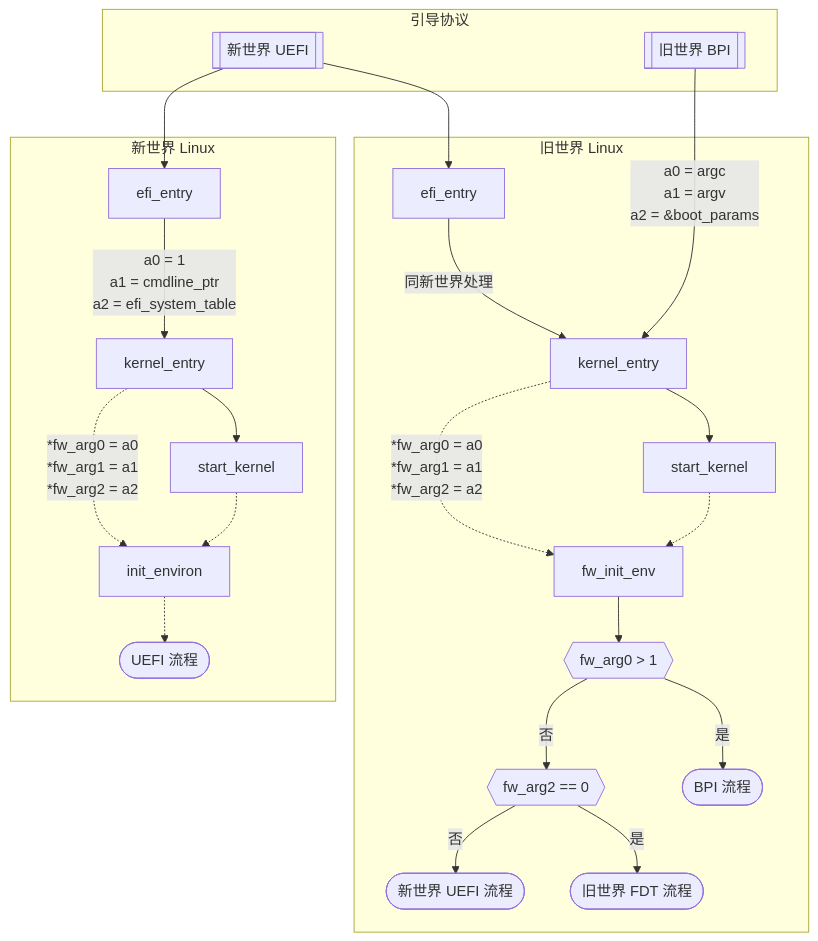
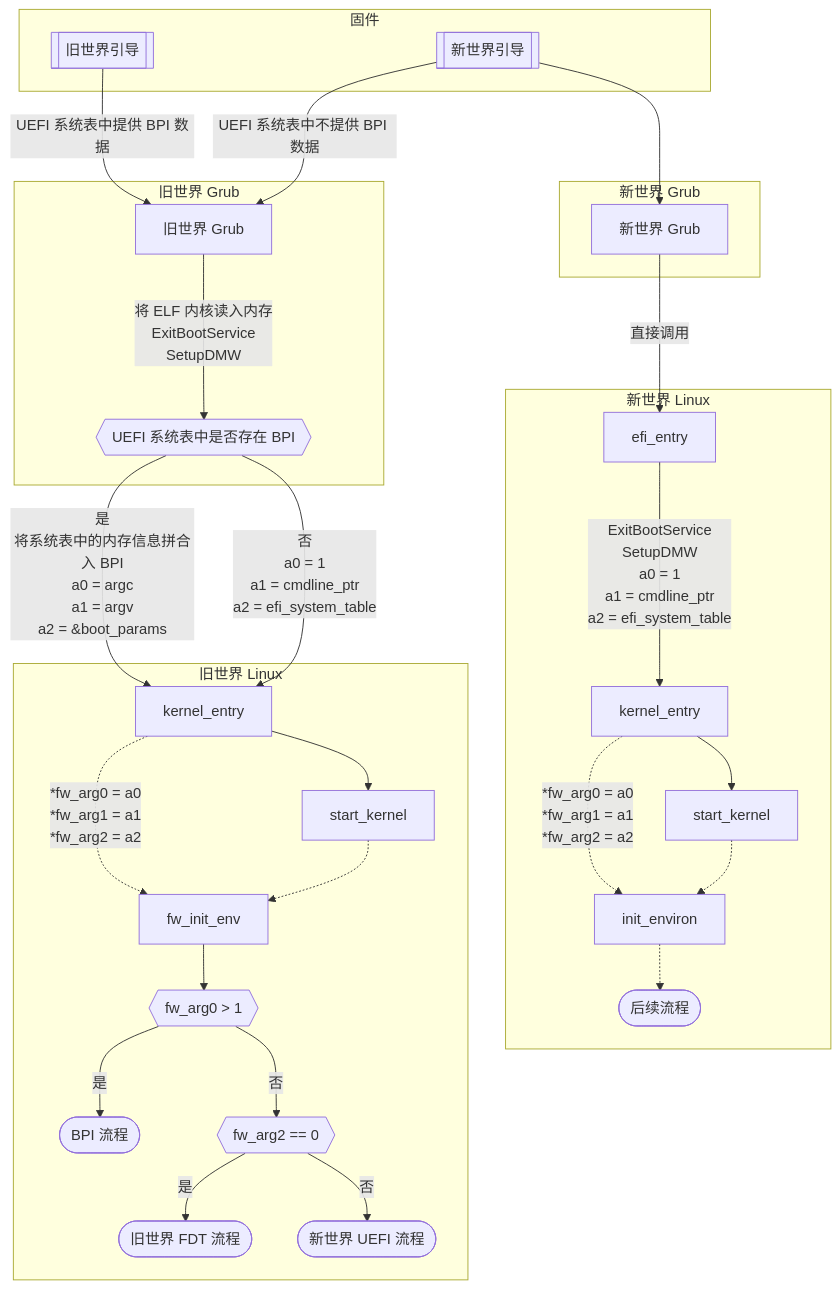
One commit to loongson-community/areweloongyet changed the second of 2 diagrams in docs/world-compat-details/index.md. Above: the diagram before and after it, drawn with Mermaid. The commit also changed other lines of this file, not shown here.

Commit message:
docs: old-and-new-worlds: update BPI boot flow

````diff
--- a/docs/world-compat-details/index.md
+++ b/docs/world-compat-details/index.md
@@ -105,45 +137,53 @@
 ```mermaid
 flowchart TB
+    subgraph owgrub [旧世界 Grub]
+      OWGrub[旧世界 Grub]
+      OWGrubCheckBPI{{ UEFI 系统表中是否存在 BPI }}
+      OWGrub -->|将 ELF 内核读入内存<br />ExitBootService<br />SetupDMW| OWGrubCheckBPI
+    end
+    subgraph nwgrub [新世界 Grub]
+        NWGrub[新世界 Grub]
+    end
     subgraph ow [旧世界 Linux]
         OWKernelEntry[kernel_entry]
-        OWEfiEntry[efi_entry]
         OWStartKernel[start_kernel]
         OWFwInitEnv[fw_init_env]
 
         OWKernelEntry -.->|*fw_arg0 = a0<br />*fw_arg1 = a1<br />*fw_arg2 = a2| OWFwInitEnv
         OWKernelEntry --> OWStartKernel -.-> OWFwInitEnv
-        OWEfiEntry -->|同新世界处理| OWKernelEntry
 
         OWCheckArg0{{fw_arg0 > 1}}
         OWCheckArg2{{fw_arg2 == 0}}
         OWBPI([BPI 流程])
         OWUEFI([新世界 UEFI 流程])
         OWFDT([旧世界 FDT 流程])
 
         OWFwInitEnv --> OWCheckArg0
         OWCheckArg0 -->|是| OWBPI
         OWCheckArg0 -->|否| OWCheckArg2
         OWCheckArg2 -->|是| OWFDT
         OWCheckArg2 -->|否| OWUEFI
     end
     subgraph nw [新世界 Linux]
         NWKernelEntry[kernel_entry]
         NWEfiEntry[efi_entry]
         NWStartKernel[start_kernel]
         NWInitEnviron[init_environ]
-        NWUEFI([UEFI 流程])
+        NWUEFI([后续流程])
 
         NWKernelEntry -.->|*fw_arg0 = a0<br />*fw_arg1 = a1<br />*fw_arg2 = a2| NWInitEnviron
         NWKernelEntry --> NWStartKernel -.-> NWInitEnviron -.-> NWUEFI
-        NWEfiEntry -->|a0 = 1<br />a1 = cmdline_ptr<br />a2 = efi_system_table| NWKernelEntry
+        NWEfiEntry -->|ExitBootService<br />SetupDMW<br />a0 = 1<br />a1 = cmdline_ptr<br />a2 = efi_system_table| NWKernelEntry
     end
 
-    subgraph protocol [引导协议]
-        BPI[[旧世界 BPI]]
-        UEFI[[新世界 UEFI]]
+    subgraph protocol [固件]
+        BPI[[旧世界引导]]
+        UEFI[[新世界引导]]
     end
 
-    BPI -->|a0 = argc<br />a1 = argv<br />a2 = &boot_params| OWKernelEntry
-    UEFI --> OWEfiEntry
-    UEFI --> NWEfiEntry
+    OWGrubCheckBPI -->|是<br />将系统表中的内存信息拼合入 BPI<br />a0 = argc<br />a1 = argv<br />a2 = &boot_params| OWKernelEntry
+    OWGrubCheckBPI -->|否<br />a0 = 1<br />a1 = cmdline_ptr<br />a2 = efi_system_table| OWKernelEntry
+    BPI --> |UEFI 系统表中提供 BPI 数据| OWGrub
+    UEFI -->|UEFI 系统表中不提供 BPI 数据| OWGrub
+    UEFI --> NWGrub -->|直接调用| NWEfiEntry
 ```
````
